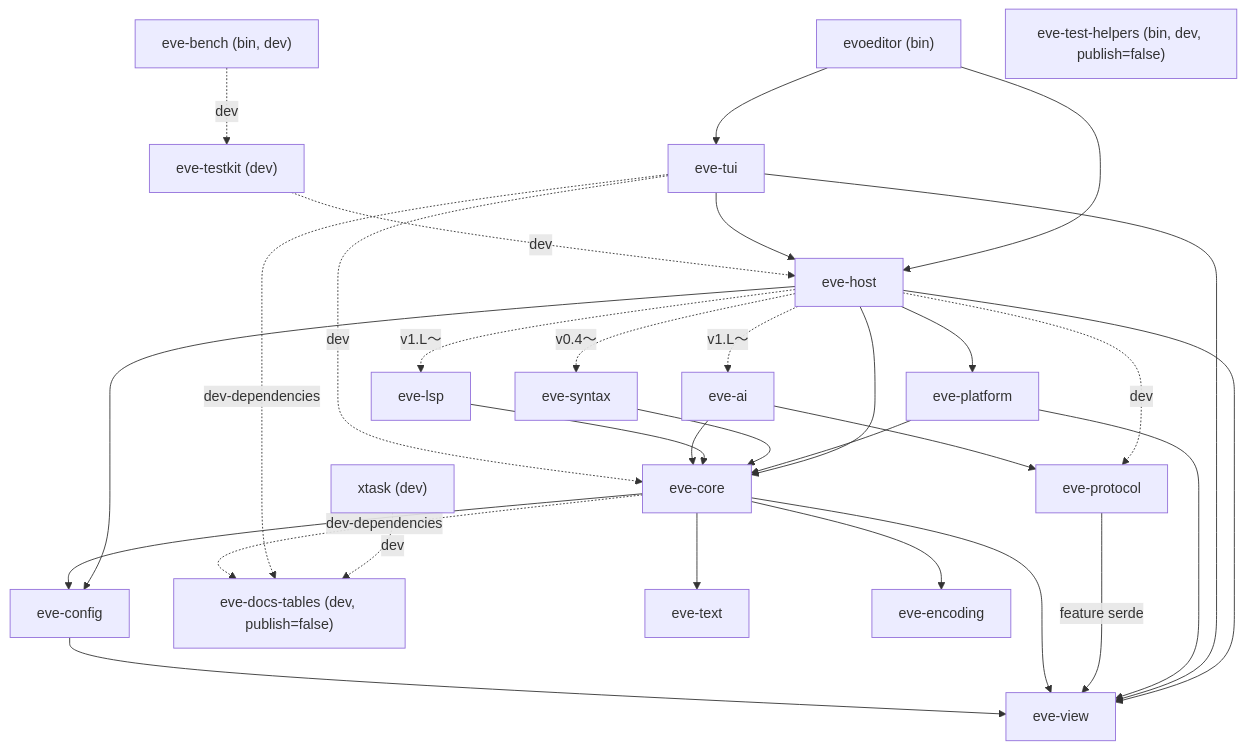
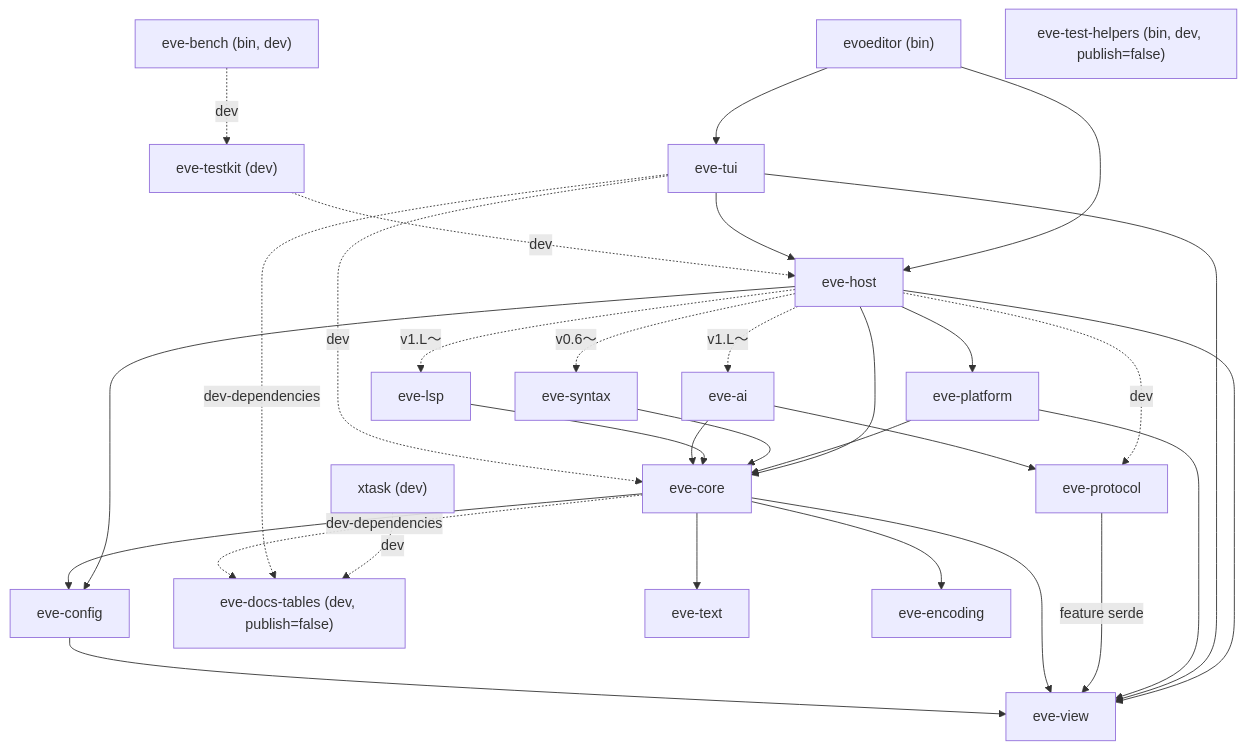
Before and after one commit to evoref/evoeditor: the second of 2 diagrams in docs/02-architecture.md, drawn with Mermaid. The commit also changed other lines of this file and 15 other files, not shown here.

````diff
--- a/docs/02-architecture.md
+++ b/docs/02-architecture.md
@@ -195,34 +195,34 @@
 ```mermaid
 flowchart TD
     bin["evoeditor (bin)"] --> host["eve-host"]
     bin --> tui["eve-tui"]
     host --> core["eve-core"]
     host --> platform["eve-platform"]
     host --> config["eve-config"]
     host --> view["eve-view"]
-    host -. "v0.4〜" .-> syntax["eve-syntax"]
+    host -. "v0.6〜" .-> syntax["eve-syntax"]
     host -. "v1.L〜" .-> lsp["eve-lsp"]
     host -. "v1.L〜" .-> ai["eve-ai"]
     host -. "dev" .-> proto["eve-protocol"]
     tui --> host
     tui --> view
     platform --> core
     platform --> view
     syntax --> core
     lsp --> core
     ai --> core
     ai --> proto
     proto -- "feature serde" --> view
     bench["eve-bench (bin, dev)"] -. "dev" .-> testkit["eve-testkit (dev)"]
     testkit -. "dev" .-> host
     xtask["xtask (dev)"] -. "dev" .-> doctables["eve-docs-tables (dev, publish=false)"]
     tui -. "dev-dependencies" .-> doctables
     tui -. "dev" .-> core
     core -. "dev-dependencies" .-> doctables
     helpers["eve-test-helpers (bin, dev, publish=false)"]
     core --> text["eve-text"]
     core --> enc["eve-encoding"]
     core --> view
     core --> config
     config --> view
 ```
````
